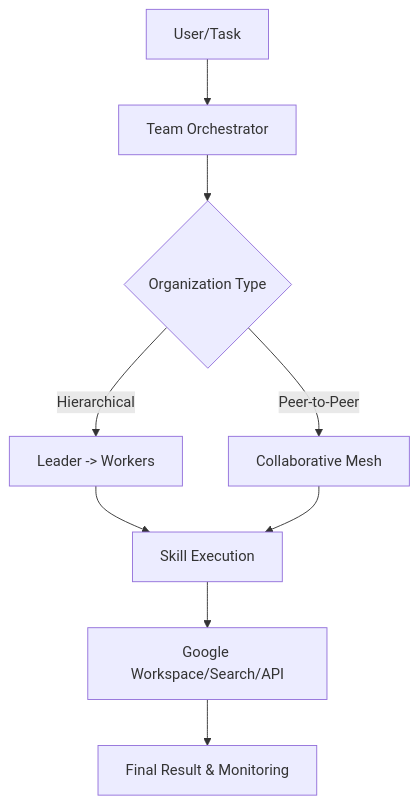
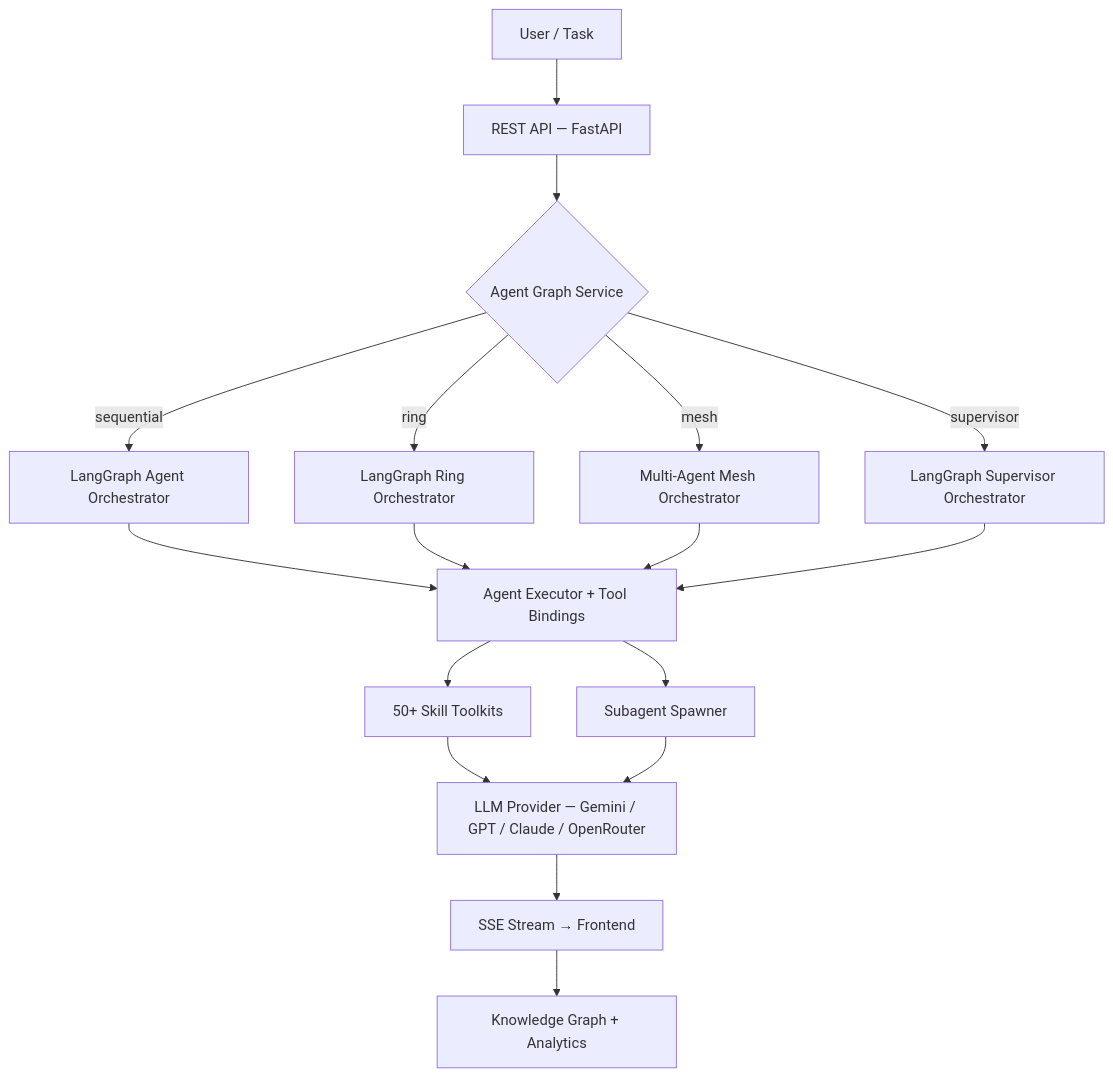
One commit to SuZeAI/ai-collective changed the diagram in README.md. Above: the diagram before and after it, drawn with Mermaid. The commit also changed other lines of this file and 2 other files, not shown here.

Commit message:
feat: add 'tree' mode to GraphRunRequest and enhance subagent functionality with configurable limits

````diff
--- a/README.md
+++ b/README.md
@@ -40,10 +46,15 @@
 ```mermaid
 graph TD
-    A[User/Task] --> B[Team Orchestrator]
-    B --> C{Organization Type}
-    C -->|Hierarchical| D[Leader -> Workers]
-    C -->|Peer-to-Peer| E[Collaborative Mesh]
-    D & E --> F[Skill Execution]
-    F --> G[Google Workspace/Search/API]
-    G --> H[Final Result & Monitoring]
+    A[User / Task] --> B[REST API — FastAPI]
+    B --> C{Agent Graph Service}
+    C -->|sequential| D[LangGraph Agent Orchestrator]
+    C -->|ring| E[LangGraph Ring Orchestrator]
+    C -->|mesh| F[Multi-Agent Mesh Orchestrator]
+    C -->|supervisor| G[LangGraph Supervisor Orchestrator]
+    D & E & F & G --> H[Agent Executor + Tool Bindings]
+    H --> I[50+ Skill Toolkits]
+    H --> J[Subagent Spawner]
+    I & J --> K[LLM Provider — Gemini / GPT / Claude / OpenRouter]
+    K --> L[SSE Stream → Frontend]
+    L --> M[Knowledge Graph + Analytics]
 ```
````
